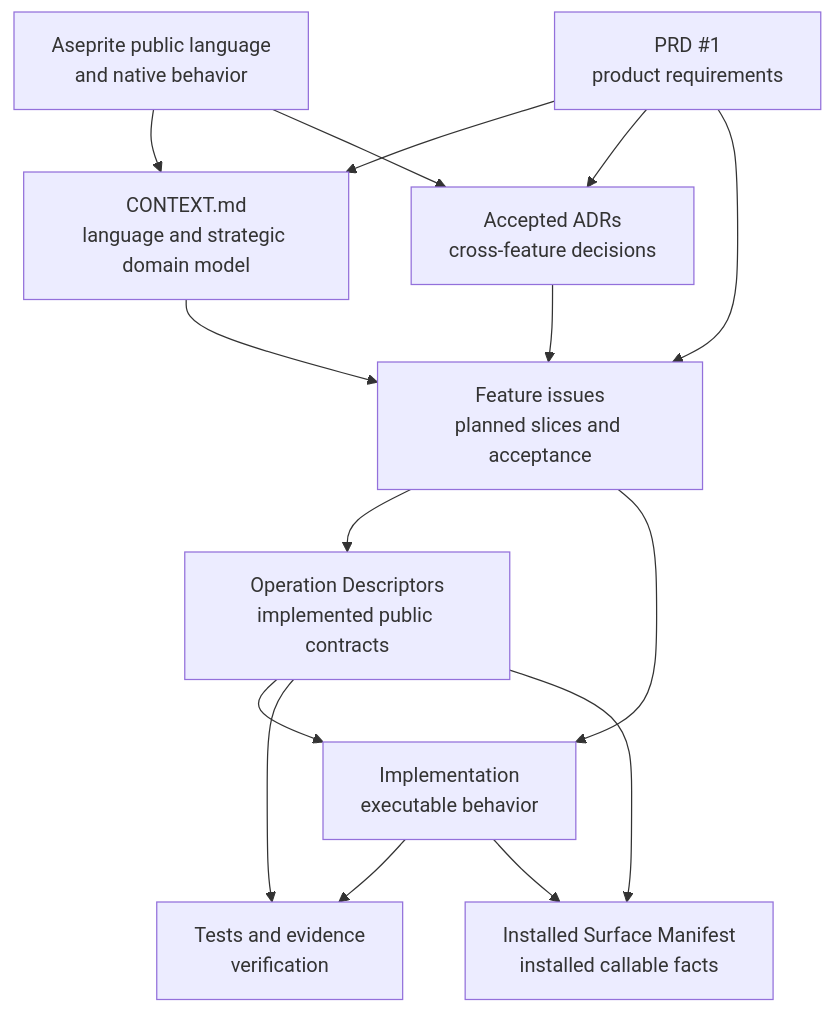
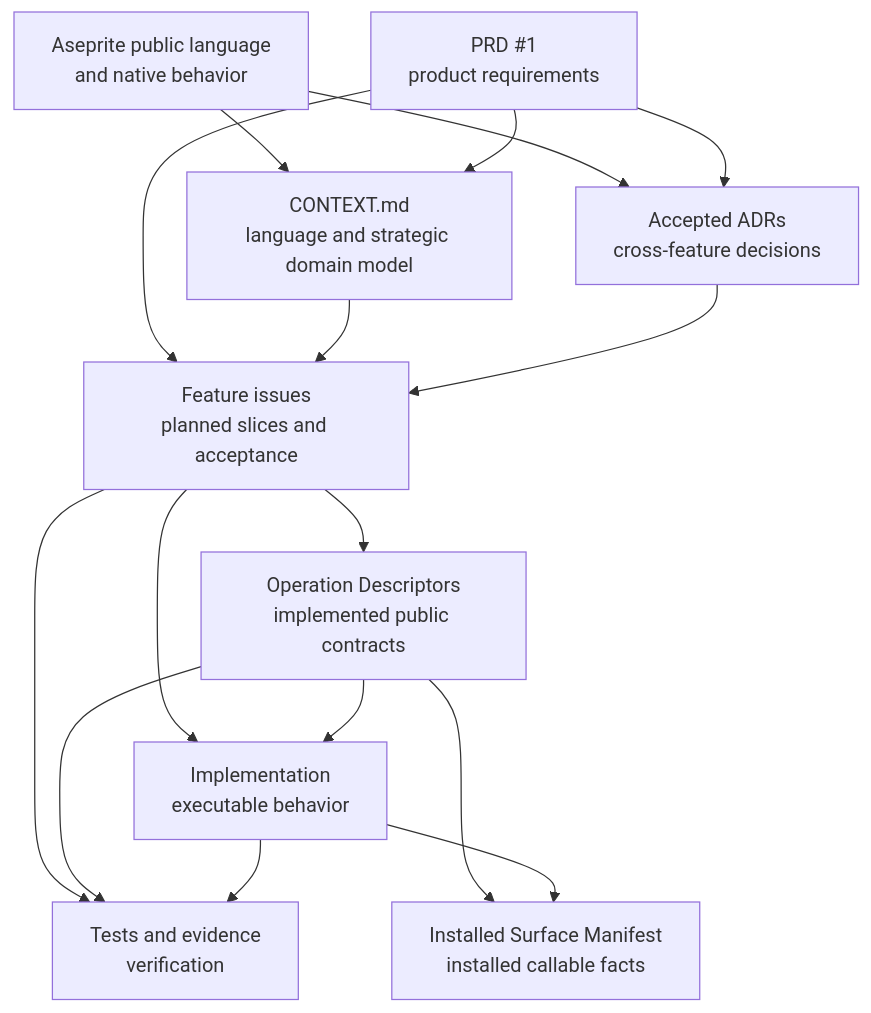
Before and after one commit to aigengame/aseprite-automation: the first of 4 diagrams in AUTHORITY_MATRIX.md, drawn with Mermaid. The commit also changed other lines of this file and 5 other files, not shown here.

````diff
--- a/AUTHORITY_MATRIX.md
+++ b/AUTHORITY_MATRIX.md
@@ -34,27 +34,28 @@
 ```mermaid
 flowchart TB
     Native[Aseprite public language<br/>and native behavior]
     PRD[PRD #1<br/>product requirements]
     Context[CONTEXT.md<br/>language and strategic domain model]
     ADRs[Accepted ADRs<br/>cross-feature decisions]
     Issues[Feature issues<br/>planned slices and acceptance]
     Descriptor[Operation Descriptors<br/>implemented public contracts]
     Implementation[Implementation<br/>executable behavior]
     Evidence[Tests and evidence<br/>verification]
     Manifest[Installed Surface Manifest<br/>installed callable facts]
 
     Native --> Context
     PRD --> Context
     Native --> ADRs
     PRD --> ADRs
     PRD --> Issues
     Context --> Issues
     ADRs --> Issues
     Issues --> Descriptor
     Issues --> Implementation
+    Issues --> Evidence
     Descriptor --> Implementation
     Descriptor --> Evidence
     Implementation --> Evidence
     Descriptor --> Manifest
     Implementation --> Manifest
 ```
````
